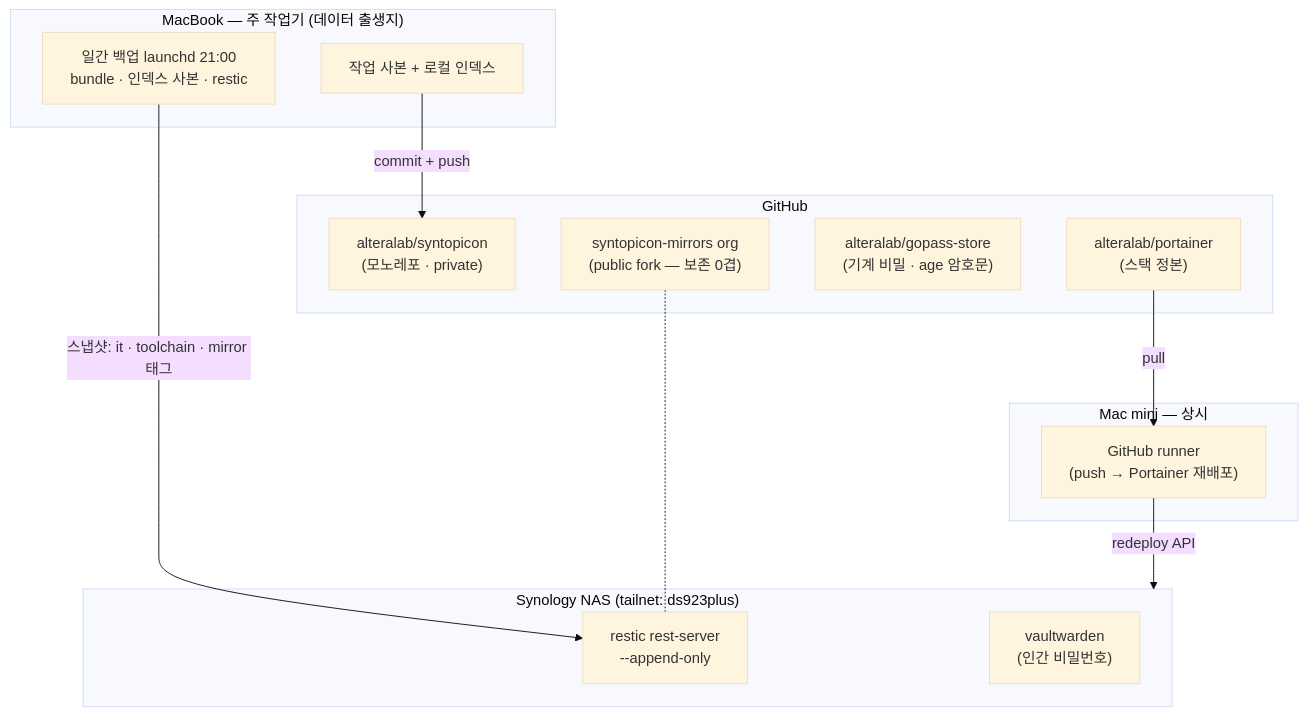
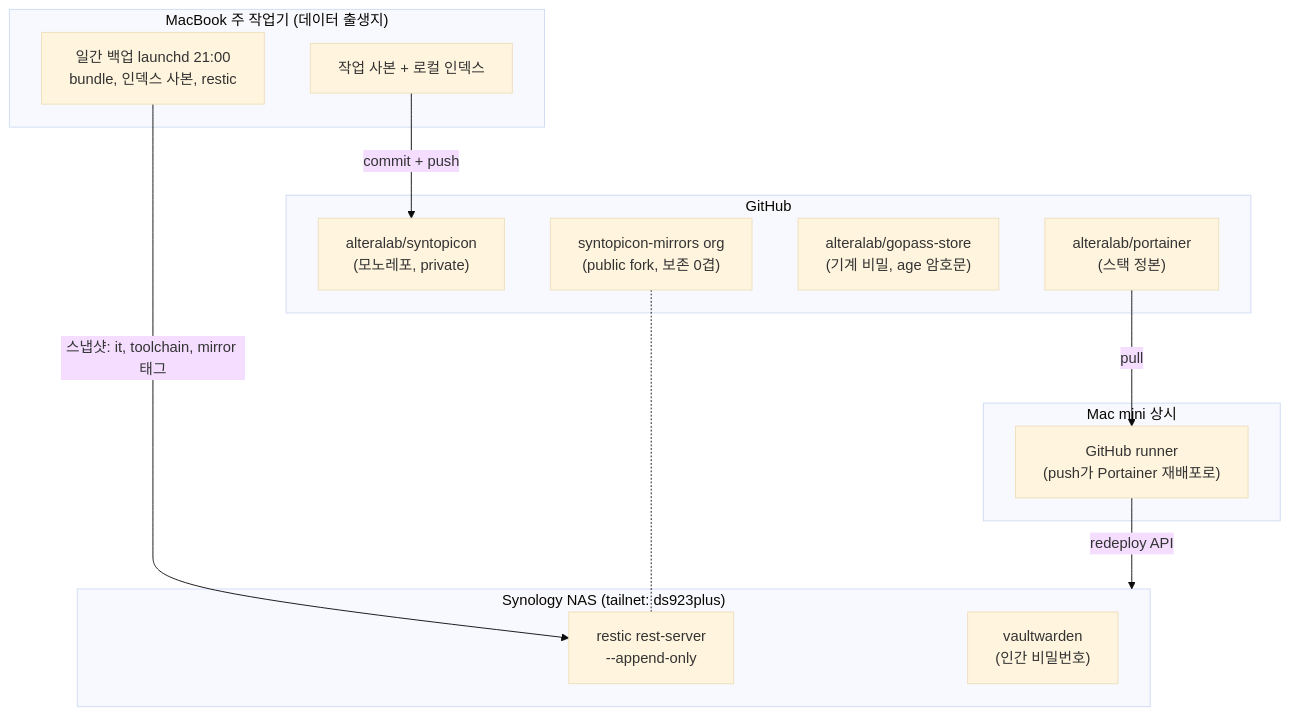
One commit to alteralab/syntopicon changed the third of 3 diagrams in README.md. Above: the diagram before and after it, drawn with Mermaid (base theme). The commit also changed other lines of this file, not shown here.

````diff
--- a/README.md
+++ b/README.md
@@ -65,29 +65,29 @@
 ```mermaid
 flowchart TB
-    subgraph MAC["MacBook — 주 작업기 (데이터 출생지)"]
+    subgraph MAC["MacBook 주 작업기 (데이터 출생지)"]
         WORK["작업 사본 + 로컬 인덱스"]
-        BK["일간 백업 launchd 21:00<br/>bundle · 인덱스 사본 · restic"]
+        BK["일간 백업 launchd 21:00<br/>bundle, 인덱스 사본, restic"]
     end
 
-    subgraph MINI["Mac mini — 상시"]
-        RUN["GitHub runner<br/>(push → Portainer 재배포)"]
+    subgraph MINI["Mac mini 상시"]
+        RUN["GitHub runner<br/>(push가 Portainer 재배포로)"]
     end
 
     subgraph NAS["Synology NAS (tailnet: ds923plus)"]
         REST["restic rest-server<br/>--append-only"]
         VW["vaultwarden<br/>(인간 비밀번호)"]
     end
 
     subgraph GH["GitHub"]
-        MONO["alteralab/syntopicon<br/>(모노레포 · private)"]
+        MONO["alteralab/syntopicon<br/>(모노레포, private)"]
         PORT["alteralab/portainer<br/>(스택 정본)"]
-        GS["alteralab/gopass-store<br/>(기계 비밀 · age 암호문)"]
-        FORK["syntopicon-mirrors org<br/>(public fork — 보존 0겹)"]
+        GS["alteralab/gopass-store<br/>(기계 비밀, age 암호문)"]
+        FORK["syntopicon-mirrors org<br/>(public fork, 보존 0겹)"]
     end
 
     WORK -- "commit + push" --> MONO
-    BK -- "스냅샷: it · toolchain · mirror 태그" --> REST
+    BK -- "스냅샷: it, toolchain, mirror 태그" --> REST
     PORT -- "pull" --> RUN
     RUN -- "redeploy API" --> NAS
     FORK -.- REST
 ```
````
